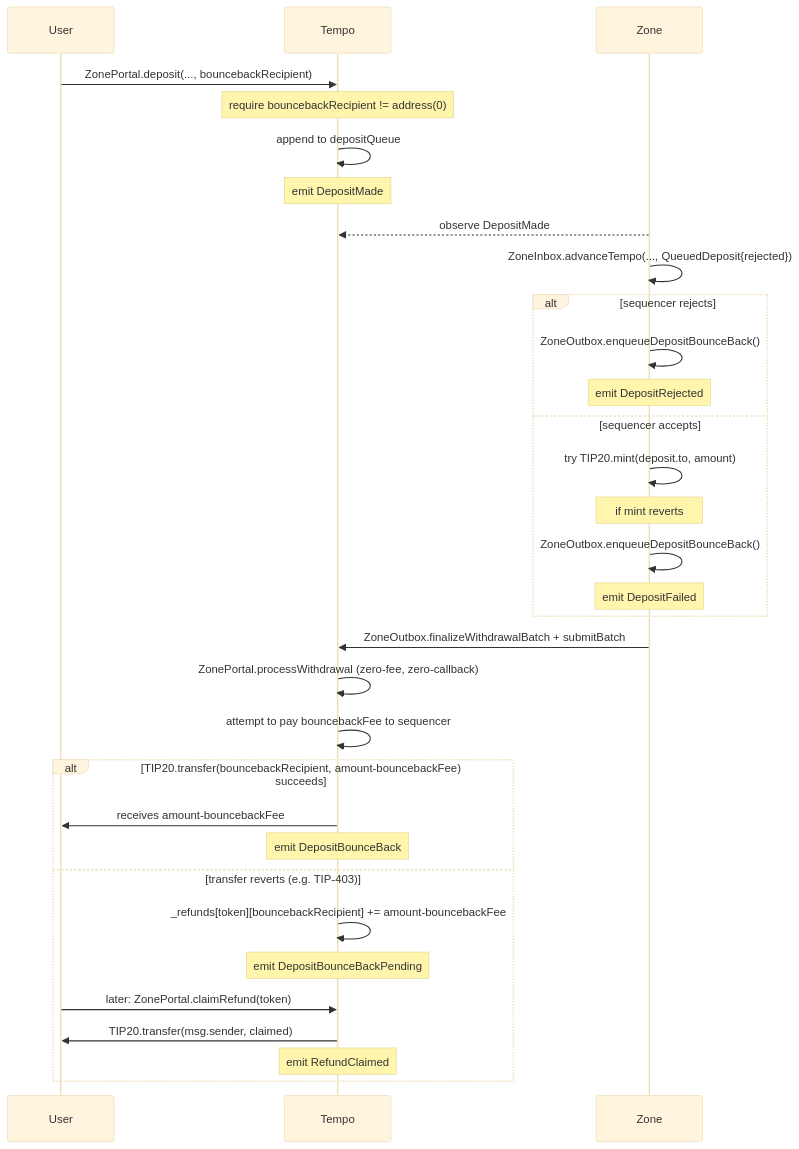
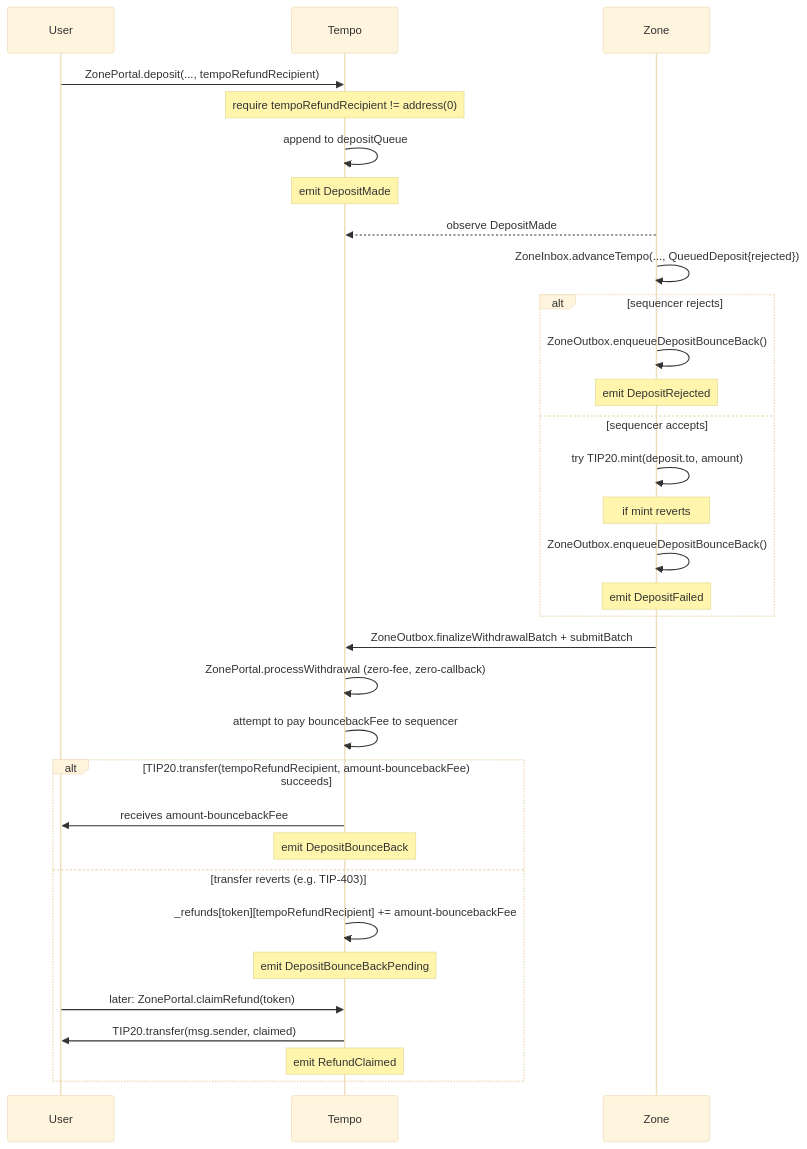
One commit to Dustin4444/zones changed the fourth of 6 diagrams in specs/spec.md. Above: the diagram before and after it, drawn with Mermaid (base theme). The commit also changed other lines of this file and 17 other files, not shown here.

````diff
--- a/specs/spec.md
+++ b/specs/spec.md
@@ -539,35 +539,35 @@
 ```mermaid
 sequenceDiagram
     participant U as User
     participant T as Tempo
     participant Z as Zone
 
-    U->>T: ZonePortal.deposit(..., bouncebackRecipient)
-    Note over T: require bouncebackRecipient != address(0)
+    U->>T: ZonePortal.deposit(..., tempoRefundRecipient)
+    Note over T: require tempoRefundRecipient != address(0)
     T->>T: append to depositQueue
     Note over T: emit DepositMade
     Z-->>T: observe DepositMade
     Z->>Z: ZoneInbox.advanceTempo(..., QueuedDeposit{rejected})
     alt sequencer rejects
         Z->>Z: ZoneOutbox.enqueueDepositBounceBack()
         Note over Z: emit DepositRejected
     else sequencer accepts
         Z->>Z: try TIP20.mint(deposit.to, amount)
         Note over Z: if mint reverts
         Z->>Z: ZoneOutbox.enqueueDepositBounceBack()
         Note over Z: emit DepositFailed
     end
     Z->>T: ZoneOutbox.finalizeWithdrawalBatch + submitBatch
     T->>T: ZonePortal.processWithdrawal (zero-fee, zero-callback)
     T->>T: attempt to pay bouncebackFee to sequencer
-    alt TIP20.transfer(bouncebackRecipient, amount-bouncebackFee) succeeds
+    alt TIP20.transfer(tempoRefundRecipient, amount-bouncebackFee) succeeds
         T->>U: receives amount-bouncebackFee
         Note over T: emit DepositBounceBack
     else transfer reverts (e.g. TIP-403)
-        T->>T: _refunds[token][bouncebackRecipient] += amount-bouncebackFee
+        T->>T: _refunds[token][tempoRefundRecipient] += amount-bouncebackFee
         Note over T: emit DepositBounceBackPending
         U->>T: later: ZonePortal.claimRefund(token)
         T->>U: TIP20.transfer(msg.sender, claimed)
         Note over T: emit RefundClaimed
     end
 ```
````
